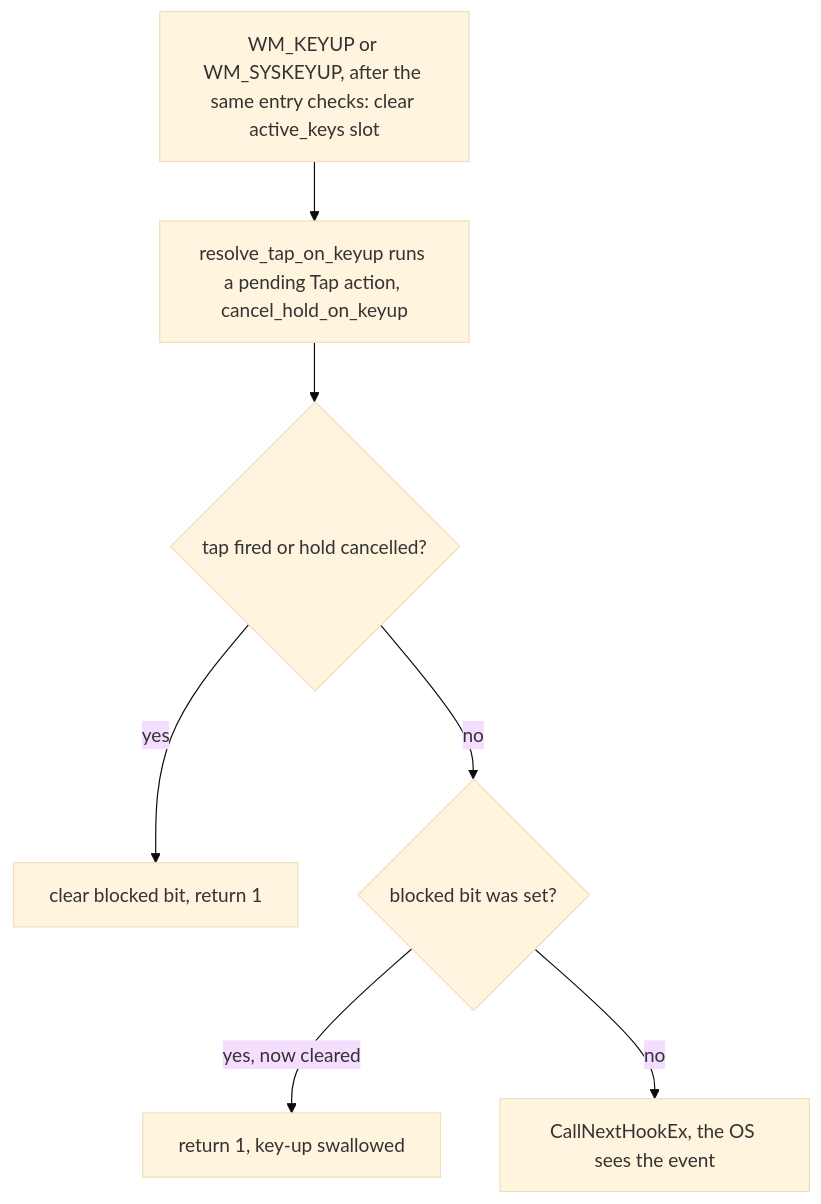
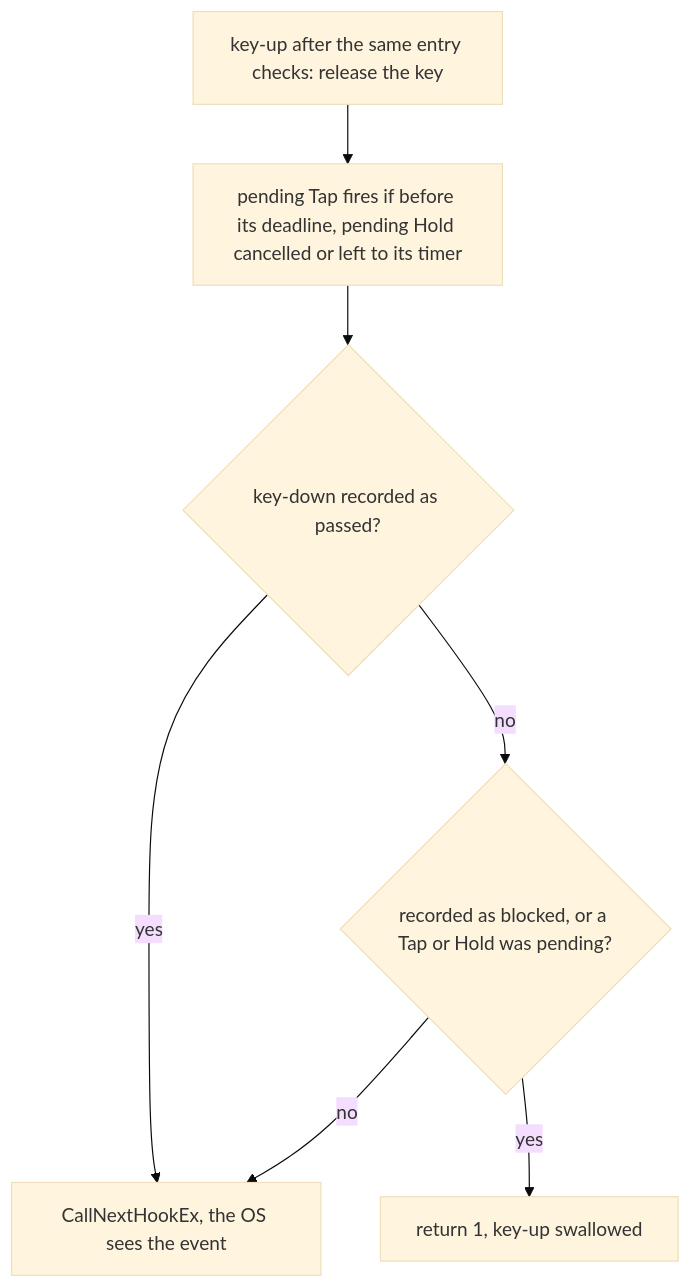
One commit to bluesteelll/key-switch-rs changed the fourth of 7 diagrams in book/src/architecture.md. Above: the diagram before and after it, drawn with Mermaid (base theme). The commit also changed other lines of this file and 19 other files, not shown here.

First line of the commit message:
Book: describe master after roadmap Phase 0 (1dfd80a)

````diff
--- a/book/src/architecture.md
+++ b/book/src/architecture.md
@@ -236,10 +253,10 @@
 ```mermaid
 flowchart TD
-    UP["WM_KEYUP or WM_SYSKEYUP, after the same entry checks: clear active_keys slot"]
-    UP --> TAP["resolve_tap_on_keyup runs a pending Tap action, cancel_hold_on_keyup"]
-    TAP --> GQ{"tap fired or hold cancelled?"}
-    GQ -->|"yes"| SW["clear blocked bit, return 1"]
-    GQ -->|"no"| TB{"blocked bit was set?"}
-    TB -->|"yes, now cleared"| SW2["return 1, key-up swallowed"]
-    TB -->|"no"| PASS["CallNextHookEx, the OS sees the event"]
+    UP["key-up after the same entry checks: release the key"]
+    UP --> TAP["pending Tap fires if before its deadline, pending Hold cancelled or left to its timer"]
+    TAP --> PQ{"key-down recorded as passed?"}
+    PQ -->|"yes"| PASS["CallNextHookEx, the OS sees the event"]
+    PQ -->|"no"| BQ{"recorded as blocked, or a Tap or Hold was pending?"}
+    BQ -->|"yes"| SW["return 1, key-up swallowed"]
+    BQ -->|"no"| PASS
 ```
````
